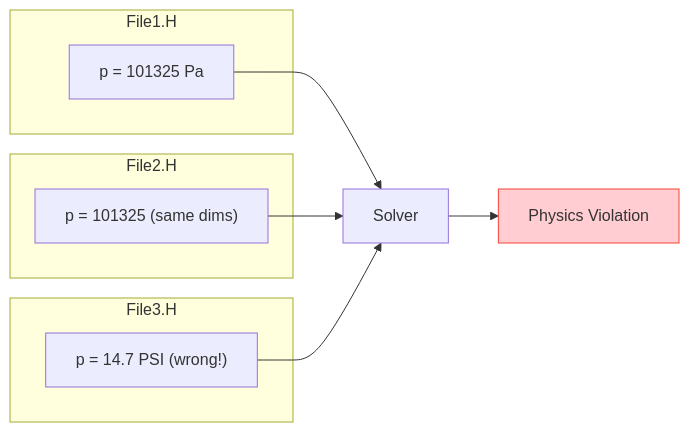
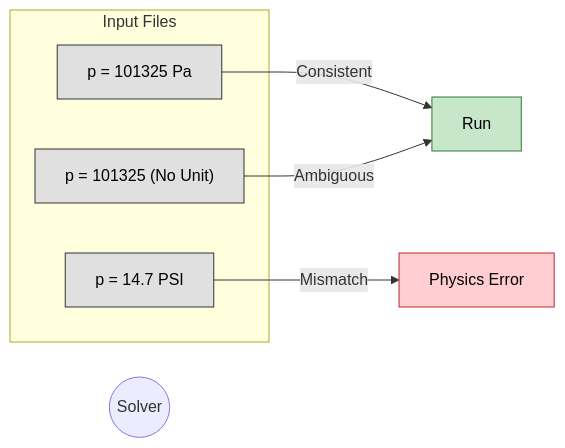
One commit to wramet/build-my-cfd changed the second of 5 diagrams in MODULE_05_OPENFOAM_PROGRAMMING/CONTENT/02_DIMENSIONED_TYPES/05_Pitfalls_and_Solutions.md. Above: the diagram before and after it, drawn with Mermaid. The commit also changed other lines of this file and 313 other files, not shown here.

Commit message:
Revise all diagram

````diff
--- a/MODULE_05_OPENFOAM_PROGRAMMING/CONTENT/02_DIMENSIONED_TYPES/05_Pitfalls_and_Solutions.md
+++ b/MODULE_05_OPENFOAM_PROGRAMMING/CONTENT/02_DIMENSIONED_TYPES/05_Pitfalls_and_Solutions.md
@@ -176,17 +178,17 @@
 ```mermaid
-graph LR
-    subgraph File1["File1.H"]
-        P1["p = 101325 Pa"]
-    end
-    subgraph File2["File2.H"]
-        P2["p = 101325 (same dims)"]
-    end
-    subgraph File3["File3.H"]
-        P3["p = 14.7 PSI (wrong!)"]
-    end
-    P1 --> S["Solver"]
-    P2 --> S
-    P3 --> S
-    S --> E["Physics Violation"]
-    style E fill:#ffcdd2,stroke:#f44336
+flowchart LR
+classDef file fill:#e0e0e0,stroke:#333,color:#000
+classDef ok fill:#c8e6c9,stroke:#2e7d32,color:#000
+classDef fail fill:#ffcdd2,stroke:#c62828,color:#000
+subgraph Sources [Input Files]
+    F1["p = 101325 Pa"]:::file
+    F2["p = 101325 (No Unit)"]:::file
+    F3["p = 14.7 PSI"]:::file
+end
+
+Solver((Solver))
+
+F1 -->|Consistent| OK[Run]:::ok
+F2 -->|Ambiguous| OK
+F3 -->|Mismatch| Err[Physics Error]:::fail
 ```
````
